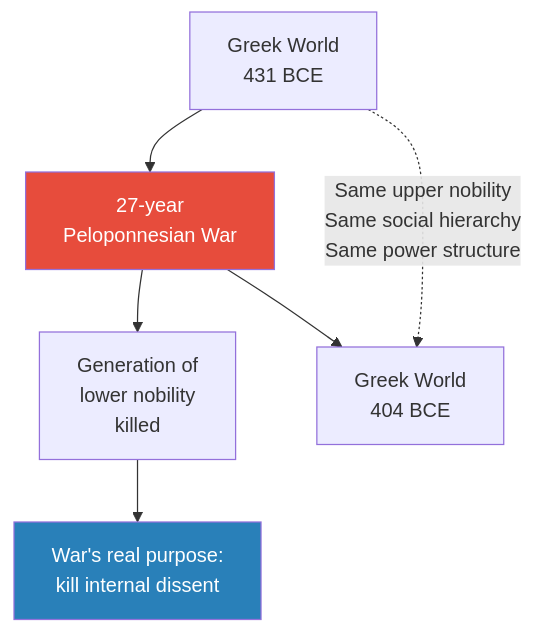
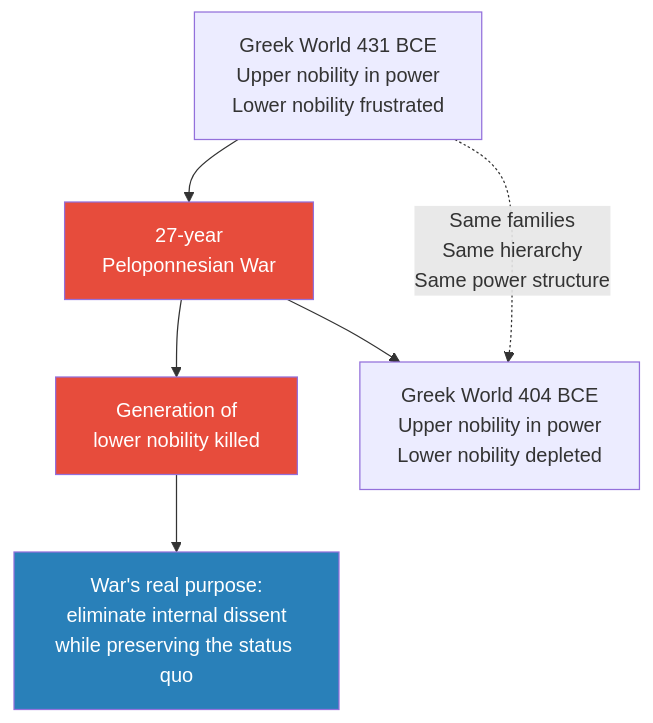
Before and after one commit to alius33/reader: the sixth of 6 diagrams in summaries/Lectures/Civilization/08 - Rat Utopia and the Peloponnesian War.md, drawn with Mermaid. The commit also changed other lines of this file and 26 other files, not shown here.

````diff
--- a/summaries/Lectures/Civilization/08 - Rat Utopia and the Peloponnesian War.md
+++ b/summaries/Lectures/Civilization/08 - Rat Utopia and the Peloponnesian War.md
@@ -285,10 +380,11 @@
 ```mermaid
 flowchart TB
-    W431["Greek World<br/>431 BCE"] --> WAR["27-year<br/>Peloponnesian War"]
-    WAR --> DEAD["Generation of<br/>lower nobility<br/>killed"]
-    WAR --> W404["Greek World<br/>404 BCE"]
-    W431 -.->|"Same upper nobility<br/>Same social hierarchy<br/>Same power structure"| W404
-    DEAD --> PURP["War's real purpose:<br/>kill internal dissent"]
+    W431["Greek World 431 BCE<br/>Upper nobility in power<br/>Lower nobility frustrated"] --> WAR["27-year<br/>Peloponnesian War"]
+    WAR --> DEAD["Generation of<br/>lower nobility killed"]
+    WAR --> W404["Greek World 404 BCE<br/>Upper nobility in power<br/>Lower nobility depleted"]
+    W431 -.->|"Same families<br/>Same hierarchy<br/>Same power structure"| W404
+    DEAD --> PURP["War's real purpose:<br/>eliminate internal dissent<br/>while preserving the status quo"]
     style WAR fill:#e74c3c,color:#fff
     style PURP fill:#2980b9,color:#fff
+    style DEAD fill:#e74c3c,color:#fff
 ```
````
